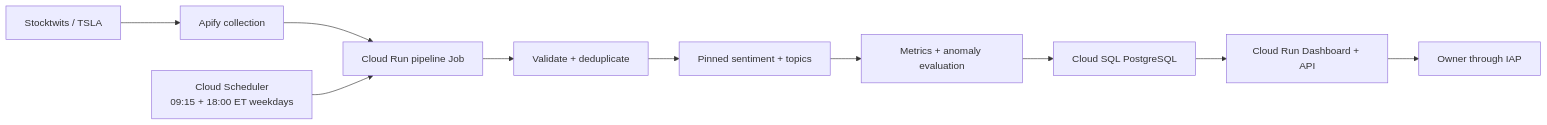
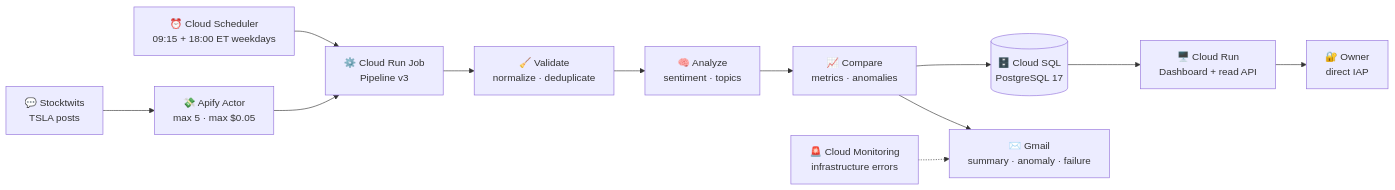
Before and after one commit to AndyChen227/StockPulse---V2: the first of 2 diagrams in README.md, drawn with Mermaid. The commit also changed other lines of this file and 33 other files, not shown here.

````diff
--- a/README.md
+++ b/README.md
@@ -72,12 +99,14 @@
 ```mermaid
 flowchart LR
-    A["Stocktwits / TSLA"] --> B["Apify collection"]
-    B --> C["Cloud Run pipeline Job"]
-    C --> D["Validate + deduplicate"]
-    D --> E["Pinned sentiment + topics"]
-    E --> F["Metrics + anomaly evaluation"]
-    F --> G["Cloud SQL PostgreSQL"]
-    G --> H["Cloud Run Dashboard + API"]
-    H --> I["Owner through IAP"]
-    J["Cloud Scheduler<br/>09:15 + 18:00 ET weekdays"] --> C
+    A["💬 Stocktwits<br/>TSLA posts"] --> B["💸 Apify Actor<br/>max 5 · max $0.05"]
+    J["⏰ Cloud Scheduler<br/>09:15 + 18:00 ET weekdays"] --> C
+    B --> C["⚙️ Cloud Run Job<br/>Pipeline v3"]
+    C --> D["🧹 Validate<br/>normalize · deduplicate"]
+    D --> E["🧠 Analyze<br/>sentiment · topics"]
+    E --> F["📈 Compare<br/>metrics · anomalies"]
+    F --> G[("🗄️ Cloud SQL<br/>PostgreSQL 17")]
+    G --> H["🖥️ Cloud Run<br/>Dashboard + read API"]
+    H --> I["🔐 Owner<br/>direct IAP"]
+    F --> K["✉️ Gmail<br/>summary · anomaly · failure"]
+    L["🚨 Cloud Monitoring<br/>infrastructure errors"] -.-> K
 ```
````
